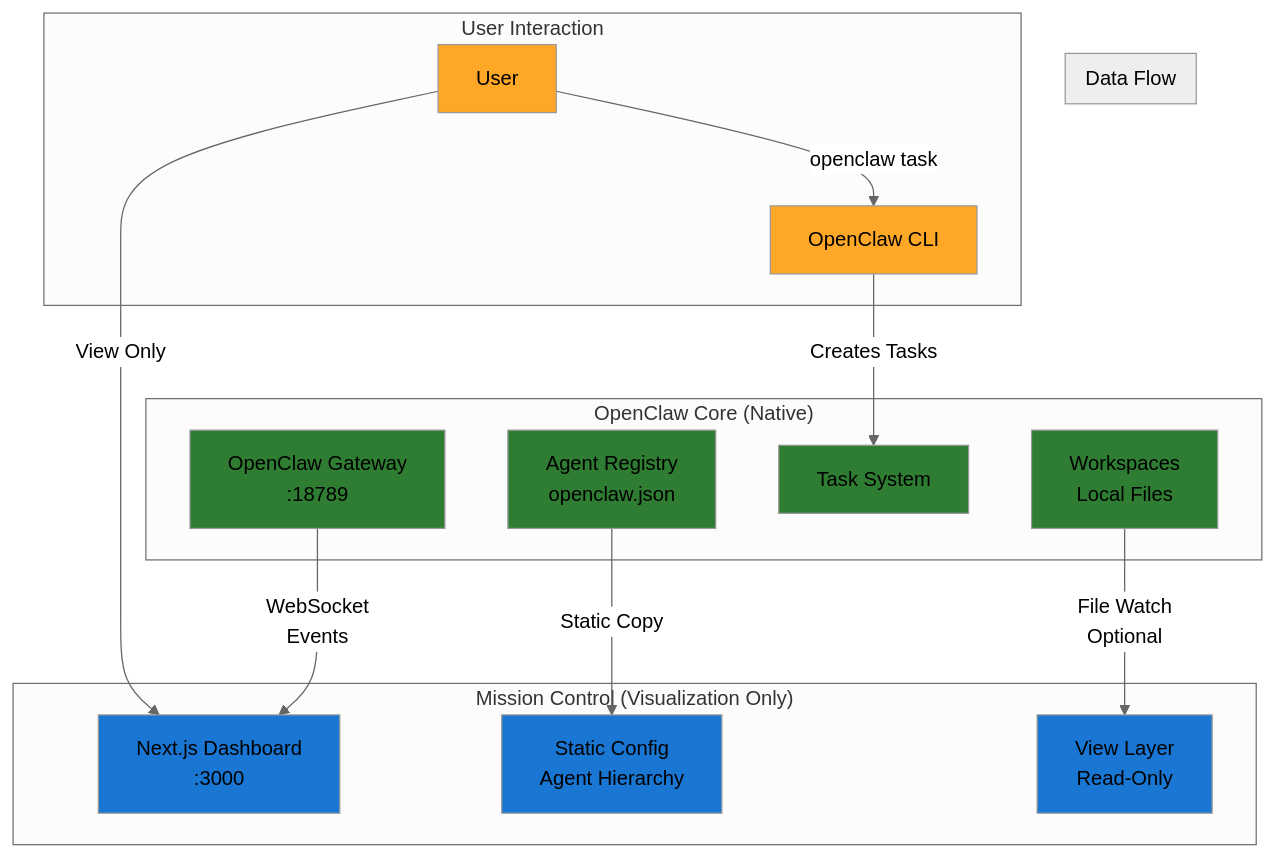
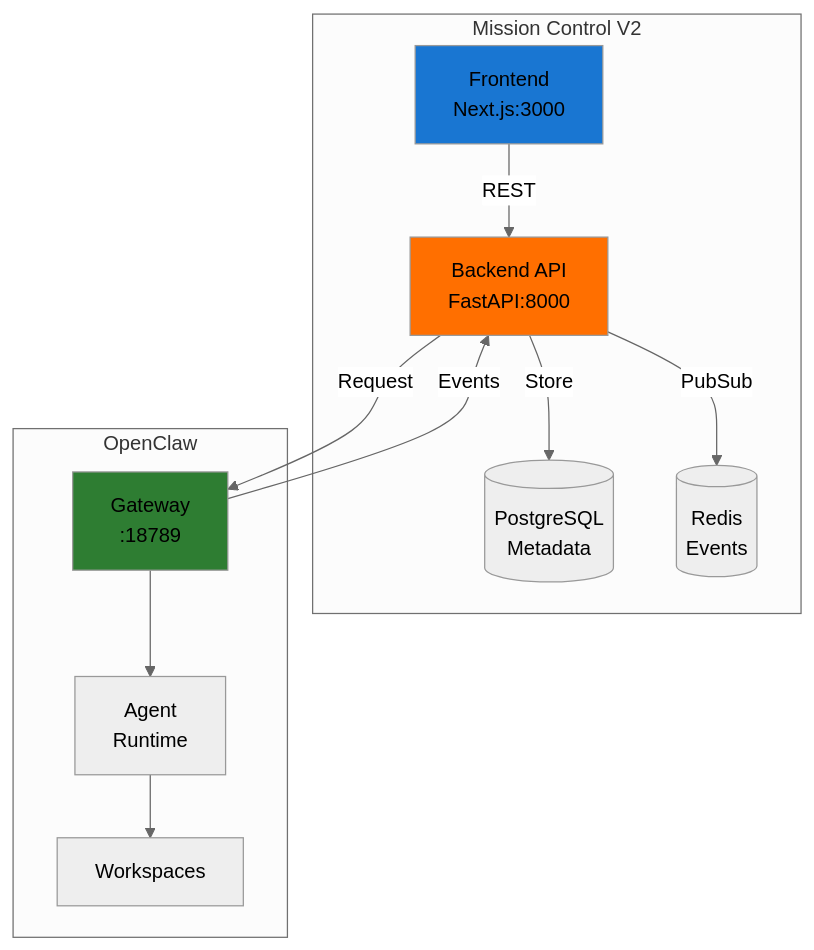
One commit to durdan/mission-control changed the diagram in README.md. Above: the diagram before and after it, drawn with Mermaid (neutral theme). The commit also changed other lines of this file and 61 other files, not shown here.

First line of the commit message:
feat: Implement Mission Control V2 with FastAPI backend

````diff
--- a/README.md
+++ b/README.md
@@ -16,39 +54,27 @@
 ```mermaid
 graph TB
-    subgraph "OpenClaw Core (Native)"
-        OC[OpenClaw Gateway<br/>:18789]
-        OA[Agent Registry<br/>openclaw.json]
-        OT[Task System]
-        OW[Workspaces<br/>Local Files]
+    subgraph "Mission Control V2"
+        FE[Frontend<br/>Next.js:3000]
+        API[Backend API<br/>FastAPI:8000]
+        DB[(PostgreSQL<br/>Metadata)]
+        REDIS[(Redis<br/>Events)]
     end
-
-    subgraph "Mission Control (Visualization Only)"
-        UI[Next.js Dashboard<br/>:3000]
-        SC[Static Config<br/>Agent Hierarchy]
-        VL[View Layer<br/>Read-Only]
+    
+    subgraph "OpenClaw"
+        GW[Gateway<br/>:18789]
+        AGENTS[Agent<br/>Runtime]
+        WORK[Workspaces]
     end
-
-    subgraph "Data Flow"
-        OC -->|WebSocket<br/>Events| UI
-        OA -->|Static Copy| SC
-        OW -->|File Watch<br/>Optional| VL
-    end
-
-    subgraph "User Interaction"
-        USER[User]
-        CLI[OpenClaw CLI]
-        USER -->|openclaw task| CLI
-        CLI -->|Creates Tasks| OT
-        USER -->|View Only| UI
-    end
-
-    style OC fill:#2E7D32
-    style OA fill:#2E7D32
-    style OT fill:#2E7D32
-    style OW fill:#2E7D32
-    style UI fill:#1976D2
-    style SC fill:#1976D2
-    style VL fill:#1976D2
-    style USER fill:#FFA726
-    style CLI fill:#FFA726
+    
+    FE -->|REST| API
+    API -->|Store| DB
+    API -->|PubSub| REDIS
+    API -->|Request| GW
+    GW -->|Events| API
+    GW --> AGENTS
+    AGENTS --> WORK
+    
+    style FE fill:#1976D2
+    style API fill:#FF6F00
+    style GW fill:#2E7D32
 ```
````
